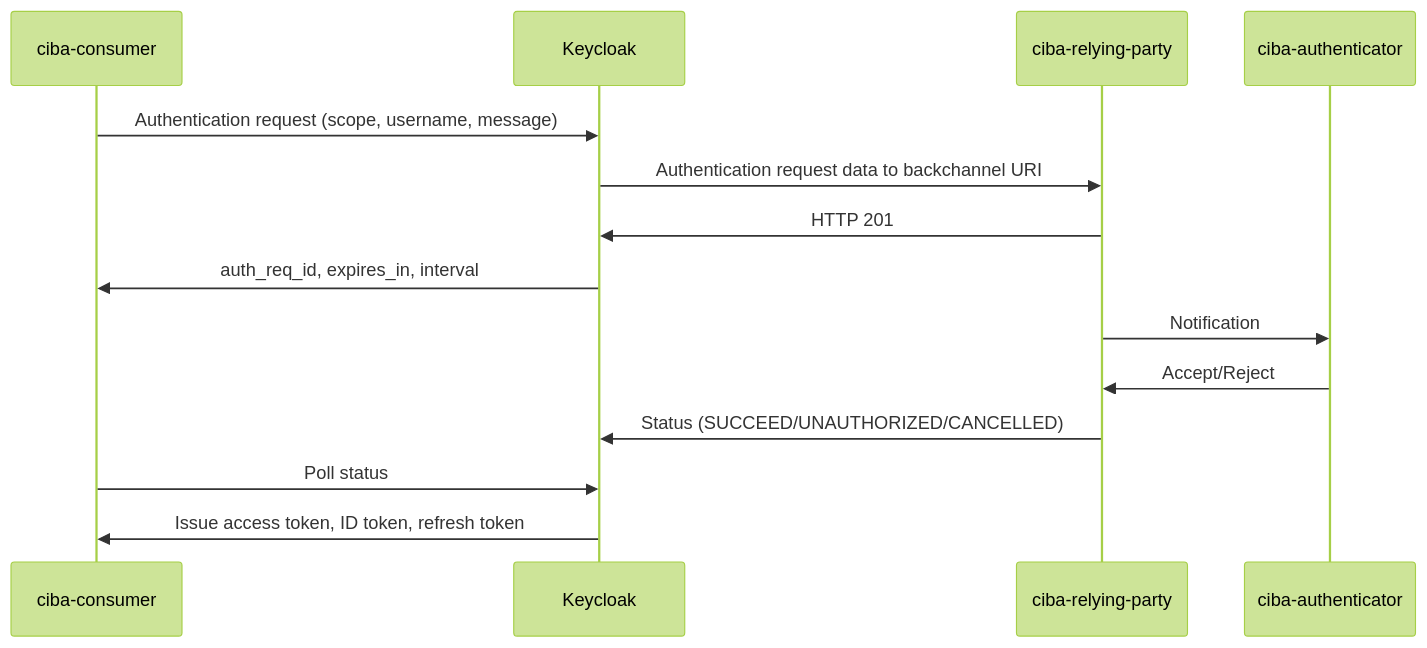
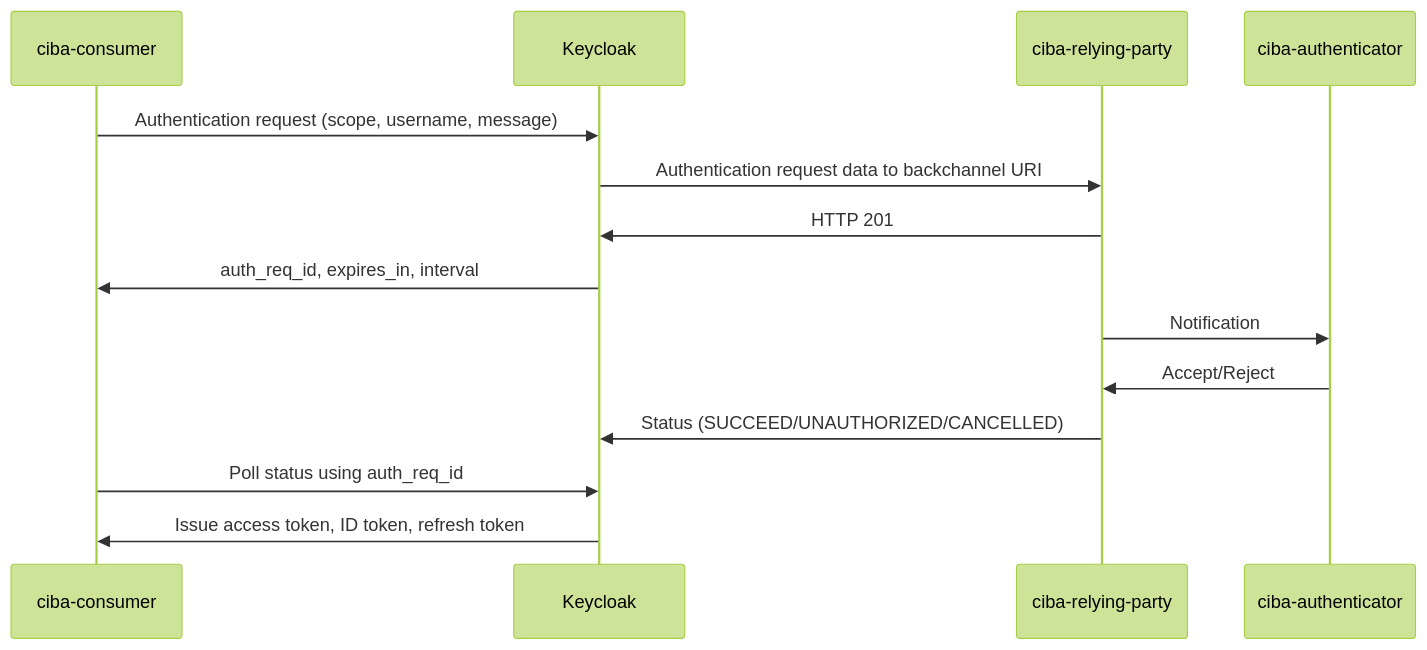
The diagram in README.md (gim-/keycloak-ciba-demo), drawn with Mermaid (forest theme) before and after one commit.

````diff
--- a/README.md
+++ b/README.md
@@ -5,12 +5,12 @@
 ```mermaid
 sequenceDiagram
     ciba-consumer->>Keycloak: Authentication request (scope, username, message)
     Keycloak->>ciba-relying-party: Authentication request data to backchannel URI
     ciba-relying-party->>Keycloak: HTTP 201
     Keycloak->>ciba-consumer: auth_req_id, expires_in, interval
     ciba-relying-party->>ciba-authenticator: Notification
     ciba-authenticator->>ciba-relying-party: Accept/Reject
     ciba-relying-party->>Keycloak: Status (SUCCEED/UNAUTHORIZED/CANCELLED)
-    ciba-consumer->>Keycloak: Poll status
+    ciba-consumer->>Keycloak: Poll status using auth_req_id
     Keycloak->>ciba-consumer: Issue access token, ID token, refresh token
 ```
````
